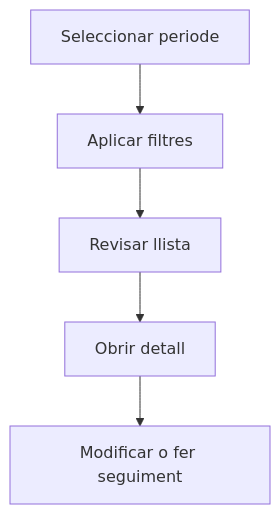
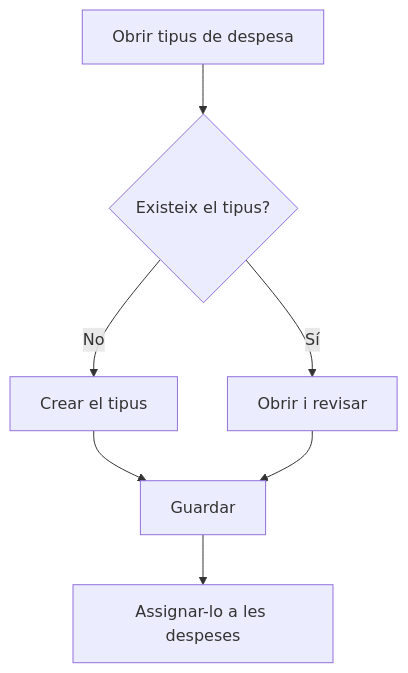
One commit to MGurtD/lilith changed the diagram in frontend/src/help/ca/purchase/expensetype/list.md. Above: the diagram before and after it, drawn with Mermaid. The commit also changed other lines of this file and 331 other files, not shown here.

````diff
--- a/frontend/src/help/ca/purchase/expensetype/list.md
+++ b/frontend/src/help/ca/purchase/expensetype/list.md
@@ -33,7 +34,9 @@
 ```mermaid
 flowchart TD
-    A[Seleccionar periode] --> B[Aplicar filtres]
-    B --> C[Revisar llista]
-    C --> D[Obrir detall]
-    D --> E[Modificar o fer seguiment]
+    A[Obrir tipus de despesa] --> B{Existeix el tipus?}
+    B -->|No| C[Crear el tipus]
+    B -->|Sí| D[Obrir i revisar]
+    C --> E[Guardar]
+    D --> E
+    E --> F[Assignar-lo a les despeses]
 ```
````
